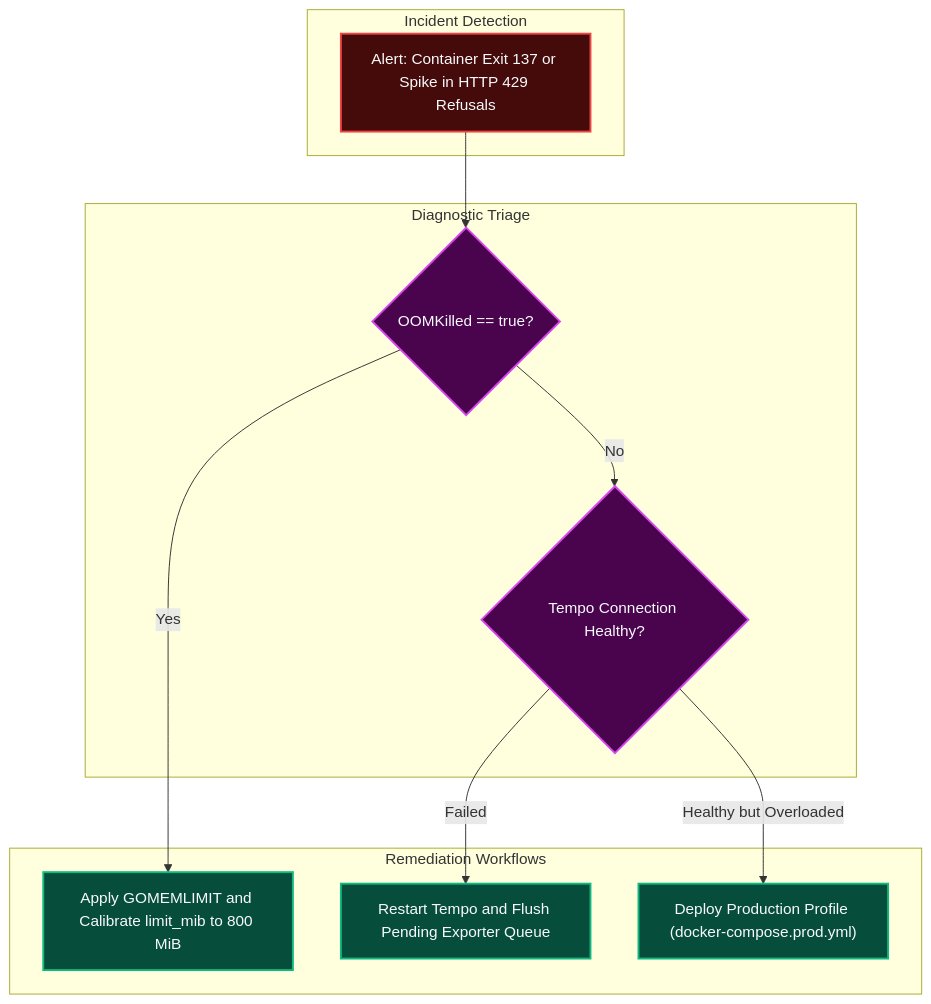
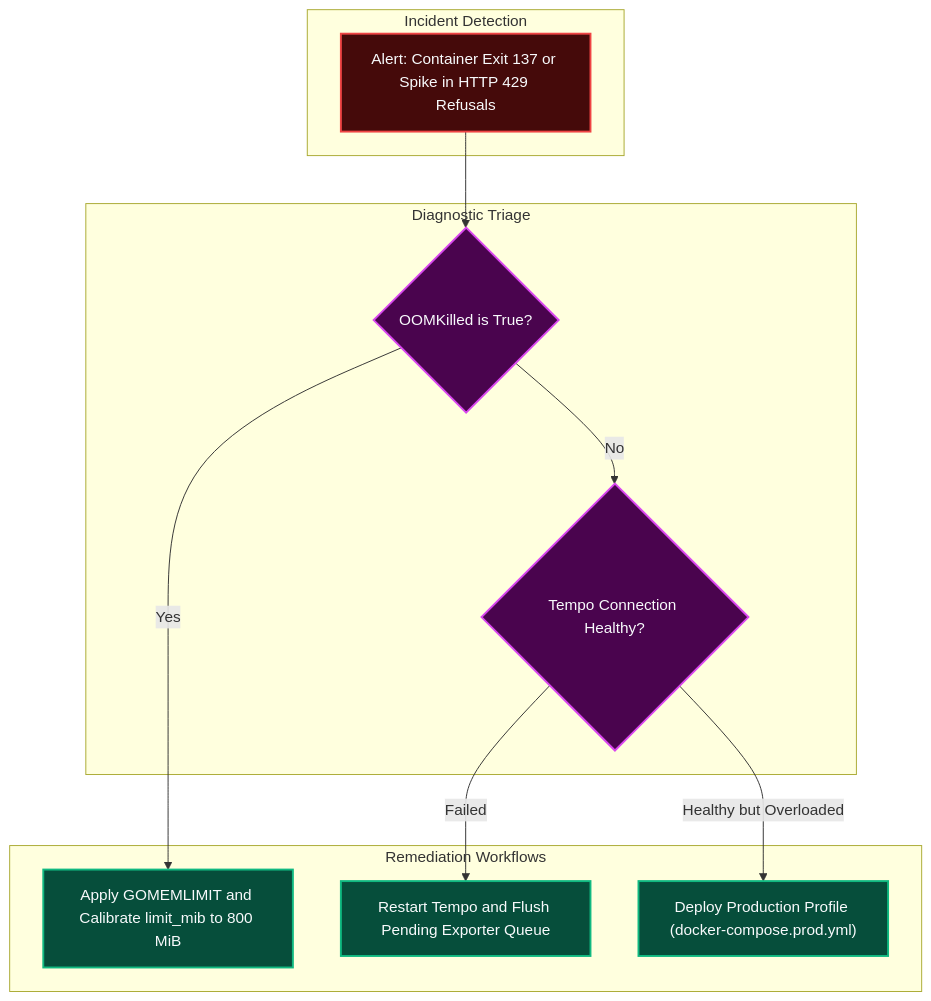
Diagram 21 of 22 in docs/configDoc/otel-collector-configuration-guide.md (Chief-Strategist-J/llm-obs-infra), drawn with Mermaid before and after one commit. The commit also changed other lines of this file and 4 other files, not shown here.

First line of the commit message:
fix(docs): resolve Mermaid parse errors in edge labels across OTel guide and ADR-0009

````diff
--- a/docs/configDoc/otel-collector-configuration-guide.md
+++ b/docs/configDoc/otel-collector-configuration-guide.md
@@ -1752,30 +1752,30 @@
 ```mermaid
 graph TD
     subgraph AlarmTrigger ["Incident Detection"]
         Alert["Alert: Container Exit 137 or Spike in HTTP 429 Refusals"]
     end
 
     subgraph DiagnosisPhase ["Diagnostic Triage"]
-        CheckOOM{"OOMKilled == true?"}
+        CheckOOM{"OOMKilled is True?"}
         CheckDownstream{"Tempo Connection Healthy?"}
     end
 
     subgraph RemediationAction ["Remediation Workflows"]
         FixOOM["Apply GOMEMLIMIT and Calibrate limit_mib to 800 MiB"]
         FixTempo["Restart Tempo and Flush Pending Exporter Queue"]
         ScaleOut["Deploy Production Profile (docker-compose.prod.yml)"]
     end
 
     Alert --> CheckOOM
     CheckOOM -->|Yes| FixOOM
     CheckOOM -->|No| CheckDownstream
     CheckDownstream -->|Failed| FixTempo
     CheckDownstream -->|Healthy but Overloaded| ScaleOut
 
     style Alert fill:#450a0a,stroke:#ef4444,stroke-width:2px,color:#f8fafc
     style CheckOOM fill:#4a044e,stroke:#d946ef,stroke-width:2px,color:#f8fafc
     style CheckDownstream fill:#4a044e,stroke:#d946ef,stroke-width:2px,color:#f8fafc
     style FixOOM fill:#064e3b,stroke:#10b981,stroke-width:2px,color:#f8fafc
     style FixTempo fill:#064e3b,stroke:#10b981,stroke-width:2px,color:#f8fafc
     style ScaleOut fill:#064e3b,stroke:#10b981,stroke-width:2px,color:#f8fafc
 ```
````
